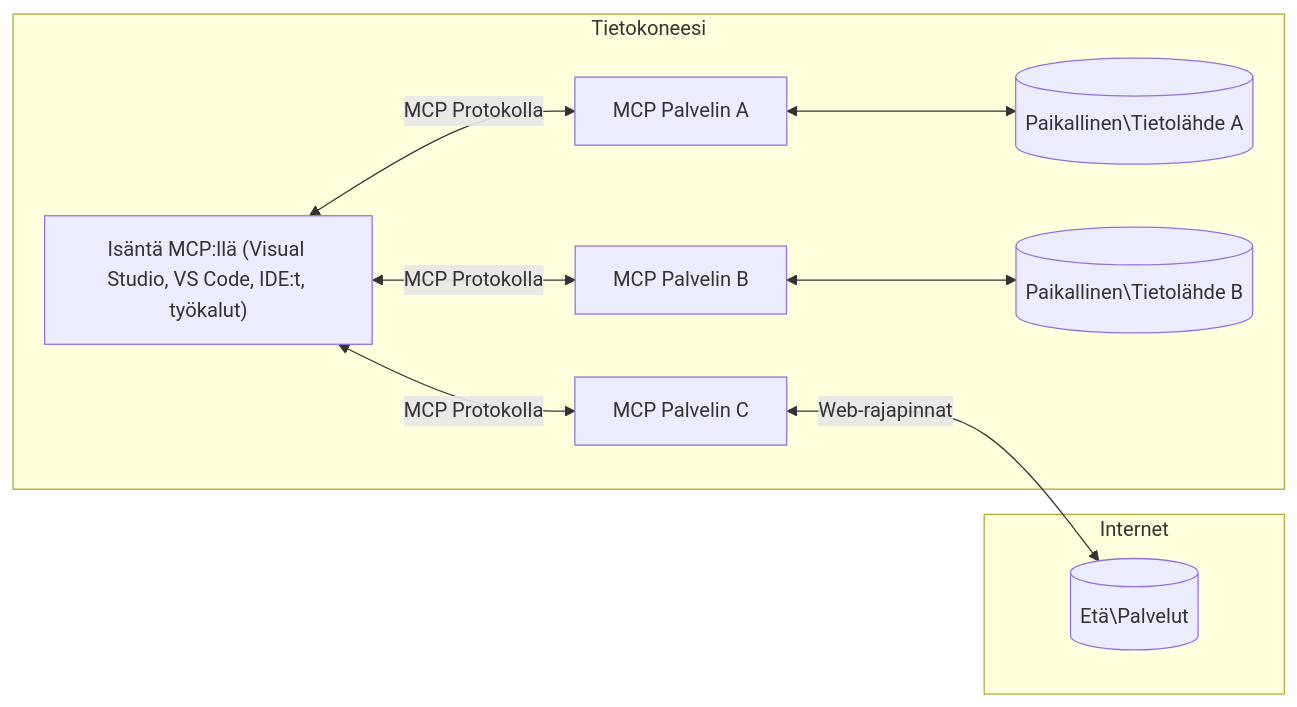
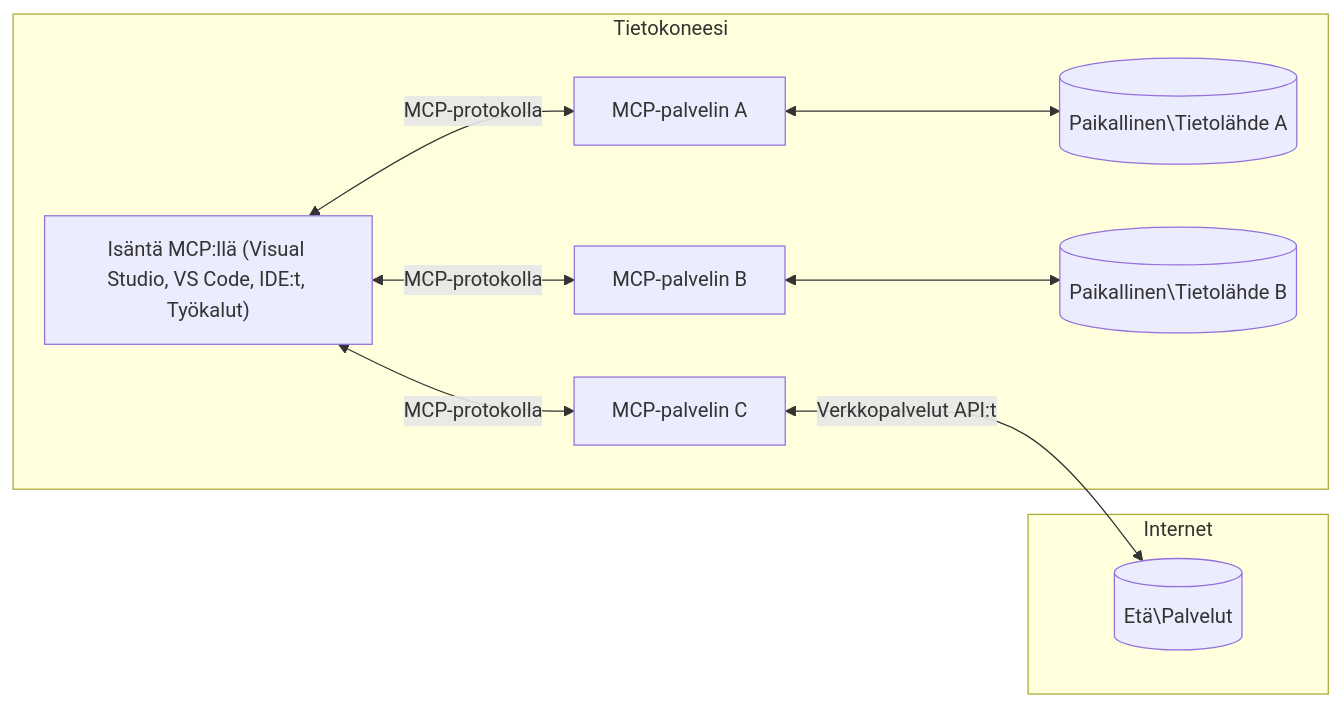
One commit to Mu-L/mcp-for-beginners changed the diagram in translations/fi/01-CoreConcepts/README.md. Above: the diagram before and after it, drawn with Mermaid. The commit also changed other lines of this file and 5 other files, not shown here.

````diff
--- a/translations/fi/01-CoreConcepts/README.md
+++ b/translations/fi/01-CoreConcepts/README.md
@@ -44,17 +45,17 @@
 ```mermaid
 flowchart LR
     subgraph "Tietokoneesi"
-        Host["Isäntä MCP:llä (Visual Studio, VS Code, IDE:t, työkalut)"]
-        S1["MCP Palvelin A"]
-        S2["MCP Palvelin B"]
-        S3["MCP Palvelin C"]
-        Host <-->|"MCP Protokolla"| S1
-        Host <-->|"MCP Protokolla"| S2
-        Host <-->|"MCP Protokolla"| S3
+        Host["Isäntä MCP:llä (Visual Studio, VS Code, IDE:t, Työkalut)"]
+        S1["MCP-palvelin A"]
+        S2["MCP-palvelin B"]
+        S3["MCP-palvelin C"]
+        Host <-->|"MCP-protokolla"| S1
+        Host <-->|"MCP-protokolla"| S2
+        Host <-->|"MCP-protokolla"| S3
         S1 <--> D1[("Paikallinen\Tietolähde A")]
         S2 <--> D2[("Paikallinen\Tietolähde B")]
     end
     subgraph "Internet"
-        S3 <-->|"Web-rajapinnat"| D3[("Etä\Palvelut")]
+        S3 <-->|"Verkkopalvelut API:t"| D3[("Etä\Palvelut")]
     end
 ```
````
